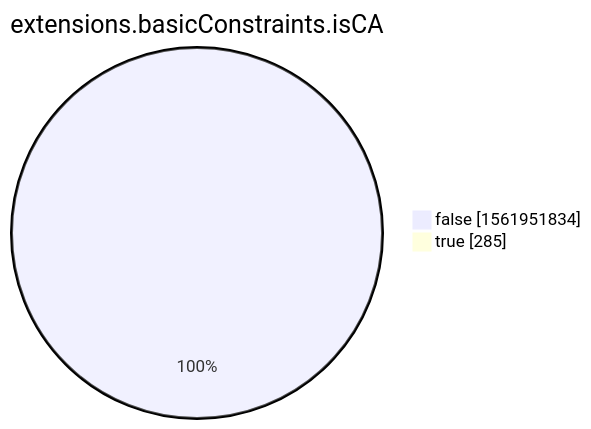
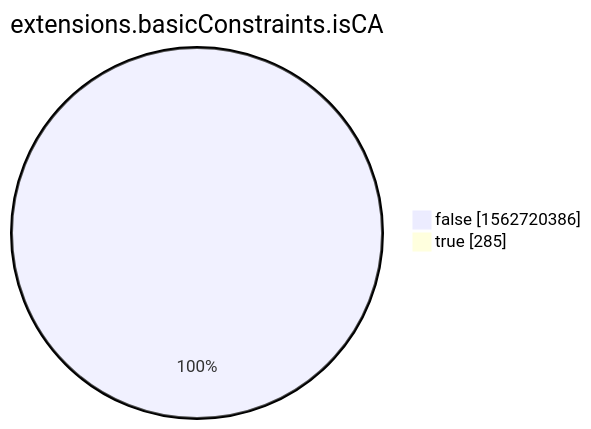
The eighth of 15 diagrams in xenon2022/README.md (christiankrug/ctmonitor_visualization), drawn with Mermaid before and after one commit. The commit also changed other lines of this file, not shown here.

````diff
--- a/xenon2022/README.md
+++ b/xenon2022/README.md
@@ -2860,6 +2860,6 @@
 ```mermaid
 pie showData
 title extensions.basicConstraints.isCA
-"false" :1561951834
+"false" :1562720386
 "true" :285
 ```
````
